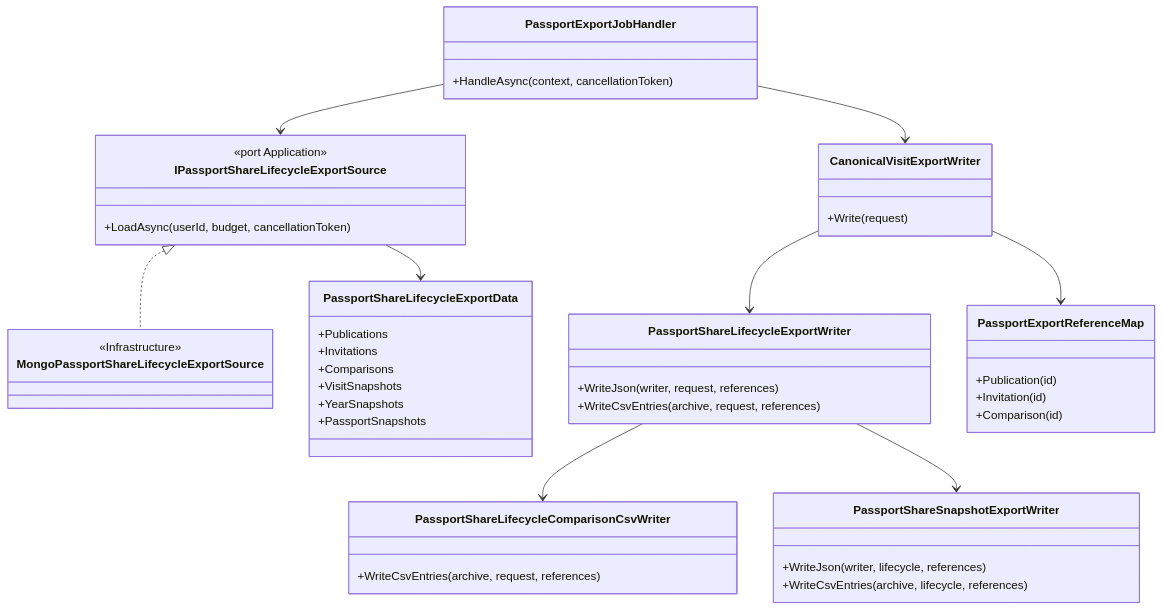
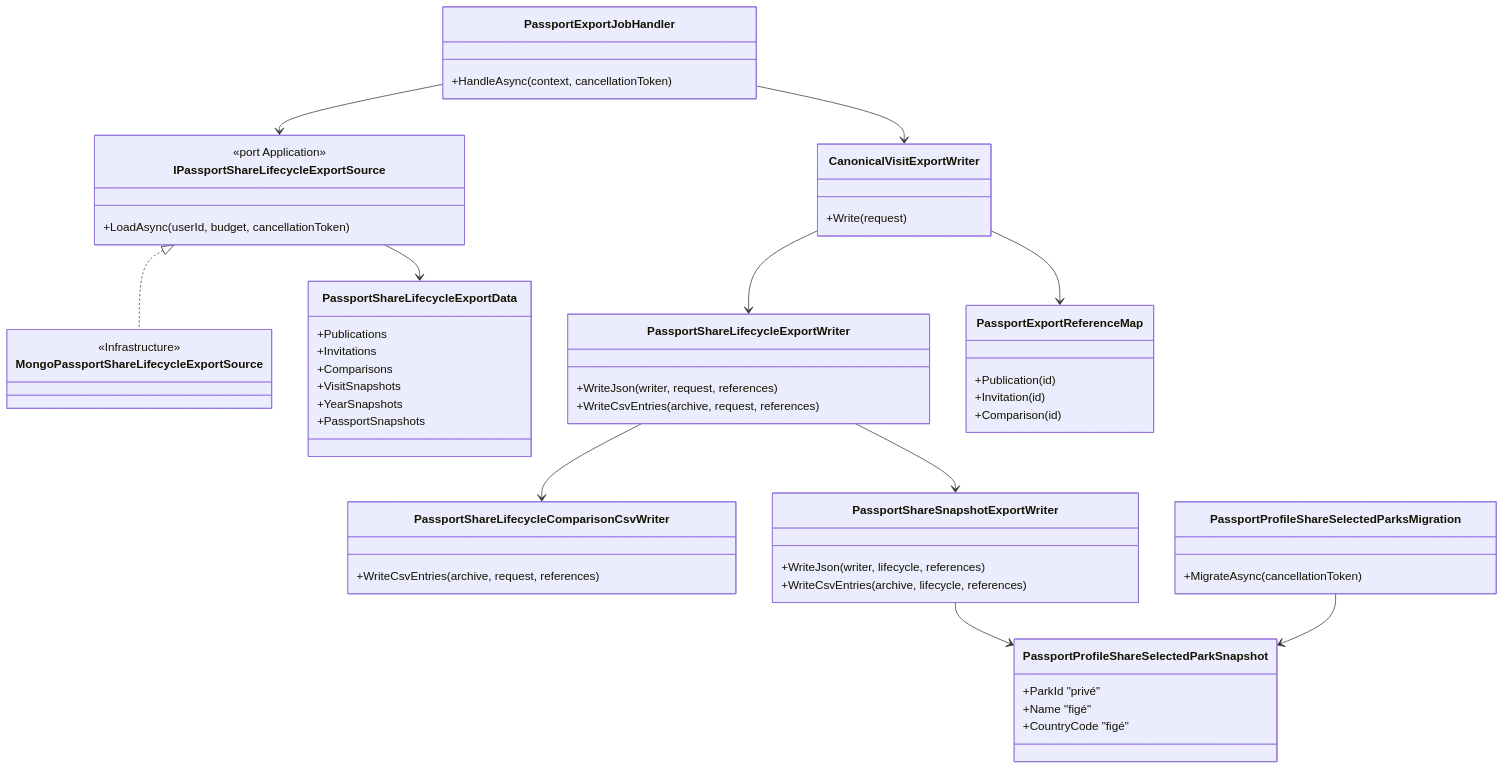
Before and after one commit to Ced59/AmusementParkProject: the first of 3 diagrams in docs/architecture/product-growth-share-14a-passport-share-export-2026-09-13.md, drawn with Mermaid. The commit also changed other lines of this file and 17 other files, not shown here.

````diff
--- a/docs/architecture/product-growth-share-14a-passport-share-export-2026-09-13.md
+++ b/docs/architecture/product-growth-share-14a-passport-share-export-2026-09-13.md
@@ -20,49 +20,59 @@
 ```mermaid
 classDiagram
     class PassportExportJobHandler {
       +HandleAsync(context, cancellationToken)
     }
     class IPassportShareLifecycleExportSource {
       <<port Application>>
       +LoadAsync(userId, budget, cancellationToken)
     }
     class MongoPassportShareLifecycleExportSource {
       <<Infrastructure>>
     }
     class PassportShareLifecycleExportData {
       +Publications
       +Invitations
       +Comparisons
       +VisitSnapshots
       +YearSnapshots
       +PassportSnapshots
     }
     class CanonicalVisitExportWriter {
       +Write(request)
     }
     class PassportShareLifecycleExportWriter {
       +WriteJson(writer, request, references)
       +WriteCsvEntries(archive, request, references)
     }
     class PassportShareLifecycleComparisonCsvWriter {
       +WriteCsvEntries(archive, request, references)
     }
     class PassportShareSnapshotExportWriter {
       +WriteJson(writer, lifecycle, references)
       +WriteCsvEntries(archive, lifecycle, references)
     }
+    class PassportProfileShareSelectedParkSnapshot {
+      +ParkId "privé"
+      +Name "figé"
+      +CountryCode "figé"
+    }
+    class PassportProfileShareSelectedParksMigration {
+      +MigrateAsync(cancellationToken)
+    }
     class PassportExportReferenceMap {
       +Publication(id)
       +Invitation(id)
       +Comparison(id)
     }
 
     PassportExportJobHandler --> IPassportShareLifecycleExportSource
     IPassportShareLifecycleExportSource <|.. MongoPassportShareLifecycleExportSource
     IPassportShareLifecycleExportSource --> PassportShareLifecycleExportData
     PassportExportJobHandler --> CanonicalVisitExportWriter
     CanonicalVisitExportWriter --> PassportShareLifecycleExportWriter
     PassportShareLifecycleExportWriter --> PassportShareLifecycleComparisonCsvWriter
     PassportShareLifecycleExportWriter --> PassportShareSnapshotExportWriter
+    PassportShareSnapshotExportWriter --> PassportProfileShareSelectedParkSnapshot
+    PassportProfileShareSelectedParksMigration --> PassportProfileShareSelectedParkSnapshot
     CanonicalVisitExportWriter --> PassportExportReferenceMap
 ```
````
